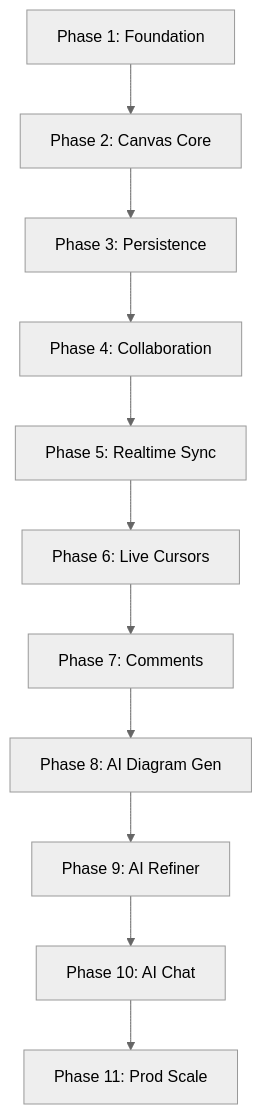
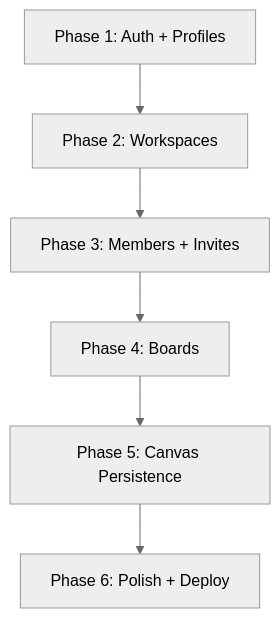
One commit to tushar-180/WhiteBoardSaaS2 changed the first of 2 diagrams in docs/PHASES.md. Above: the diagram before and after it, drawn with Mermaid (neutral theme). The commit also changed other lines of this file and 23 other files, not shown here.

````diff
--- a/docs/PHASES.md
+++ b/docs/PHASES.md
@@ -20,13 +25,8 @@
 ```mermaid
 graph TD
-    P1[Phase 1: Foundation] --> P2[Phase 2: Canvas Core]
-    P2 --> P3[Phase 3: Persistence]
-    P3 --> P4[Phase 4: Collaboration]
-    P4 --> P5[Phase 5: Realtime Sync]
-    P5 --> P6[Phase 6: Live Cursors]
-    P6 --> P7[Phase 7: Comments]
-    P7 --> P8[Phase 8: AI Diagram Gen]
-    P8 --> P9[Phase 9: AI Refiner]
-    P9 --> P10[Phase 10: AI Chat]
-    P10 --> P11[Phase 11: Prod Scale]
+    P1[Phase 1: Auth + Profiles] --> P2[Phase 2: Workspaces]
+    P2 --> P3[Phase 3: Members + Invites]
+    P3 --> P4[Phase 4: Boards]
+    P4 --> P5[Phase 5: Canvas Persistence]
+    P5 --> P6[Phase 6: Polish + Deploy]
 ```
````
